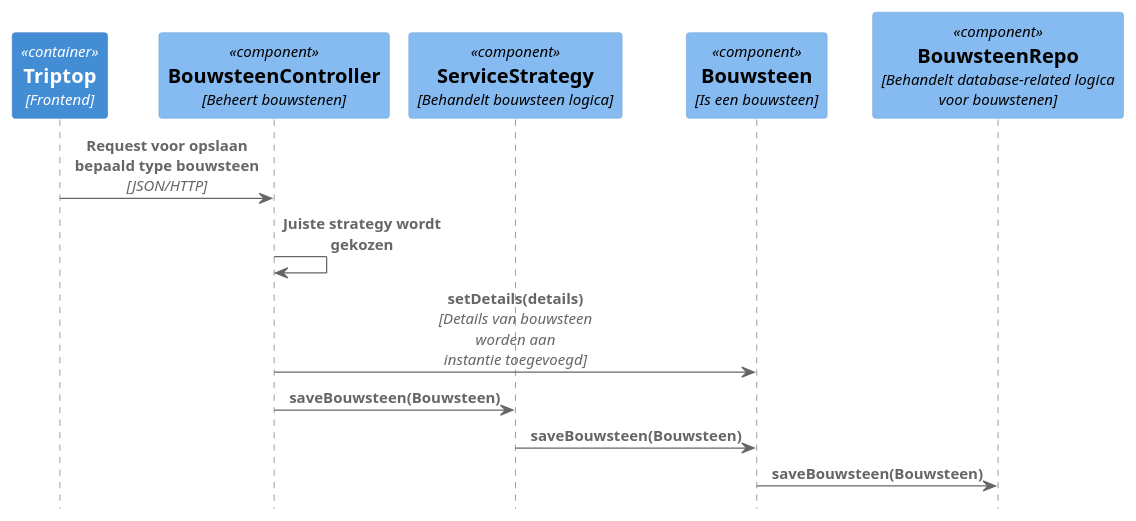
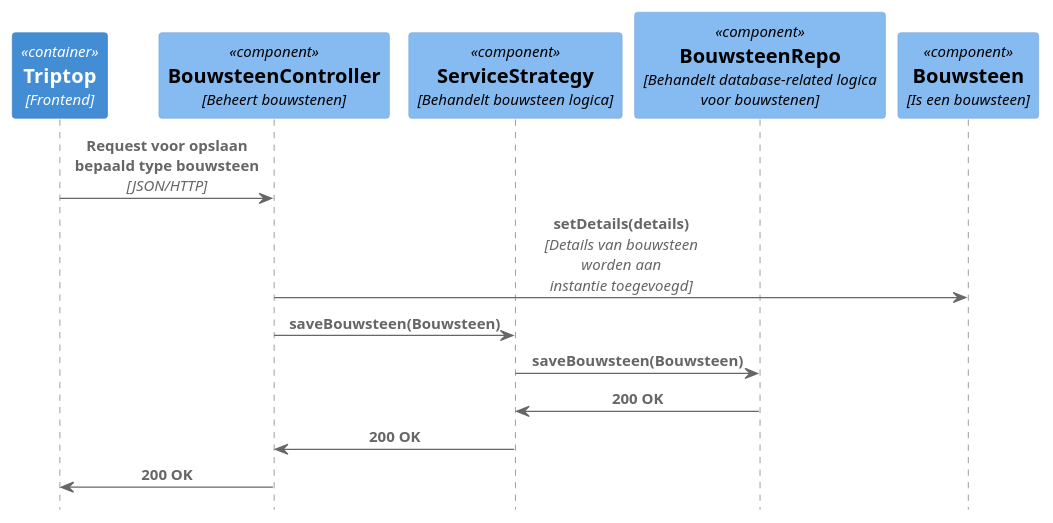
The diagram in software-guidebook/Bijlagen/Sequencediagrammen/puml/Mike - Sequence Diagram.puml (AIM-ENE-feb25/triptop-dravende-dikdiks), drawn with PlantUML before and after one commit. The commit also changed 3 other files, not shown here.

Commit message:
COmponent diagram toegevoegd

```diff
--- a/software-guidebook/Bijlagen/Sequencediagrammen/puml/Mike - Sequence Diagram.puml
+++ b/software-guidebook/Bijlagen/Sequencediagrammen/puml/Mike - Sequence Diagram.puml
@@ -1,21 +1,20 @@
 @startuml
 !include https://raw.githubusercontent.com/plantuml-stdlib/C4-PlantUML/master/C4_Sequence.puml
 
 Container(tt, "Triptop", "Frontend")
 Component(bc, "BouwsteenController", "Beheert bouwstenen")
 Component(ss, "ServiceStrategy", "Behandelt bouwsteen logica")
+Component(br, "BouwsteenRepo", "Behandelt database-related logica voor bouwstenen")
 Component(bs, "Bouwsteen", "Is een bouwsteen")
-Component(br, "BouwsteenRepo", "Behandelt database-related logica voor bouwstenen")
 
 Rel(tt, bc, "Request voor opslaan bepaald type bouwsteen", "JSON/HTTP")
-Rel(bc, bc, "Juiste strategy wordt gekozen")
 Rel(bc, bs, "setDetails(details)", "Details van bouwsteen worden aan instantie toegevoegd")
 Rel(bc, ss, "saveBouwsteen(Bouwsteen)")
-Rel(ss, bs, "saveBouwsteen(Bouwsteen)")
-Rel(bs, br, "saveBouwsteen(Bouwsteen)")
-
-
+Rel(ss, br, "saveBouwsteen(Bouwsteen)")
+Rel(br, ss, "200 OK")
+Rel(ss, bc, "200 OK")
+Rel(bc, tt, "200 OK")
 
 
 
 @enduml
```
